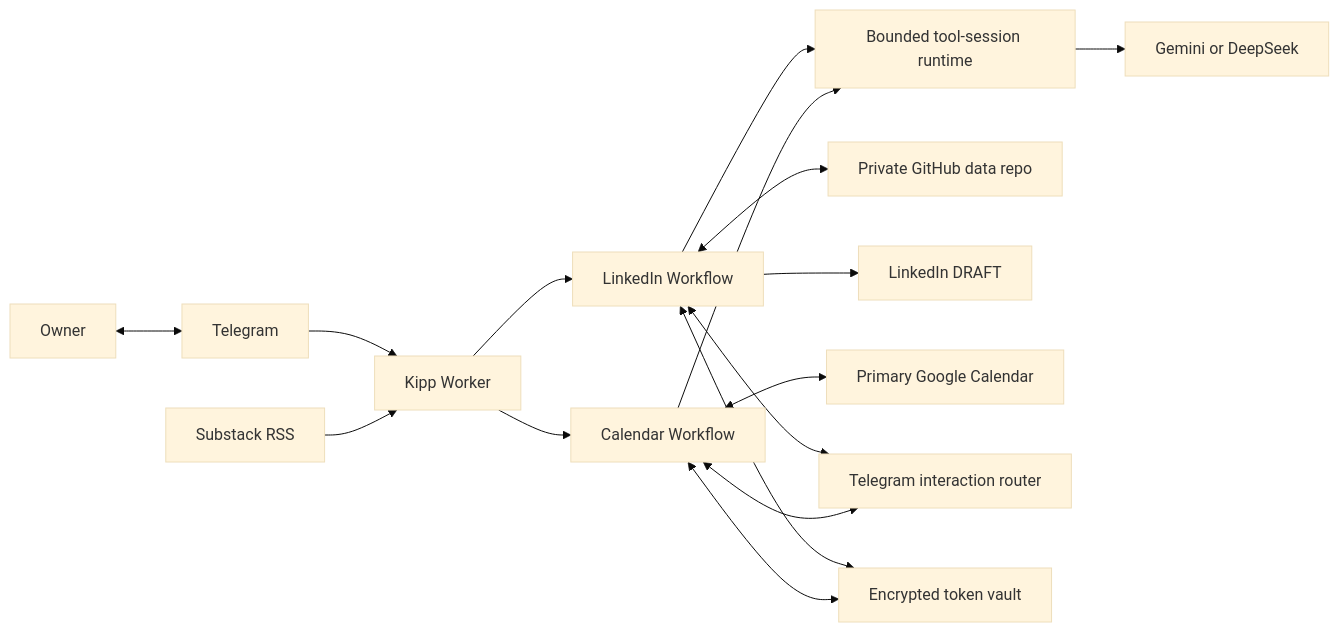
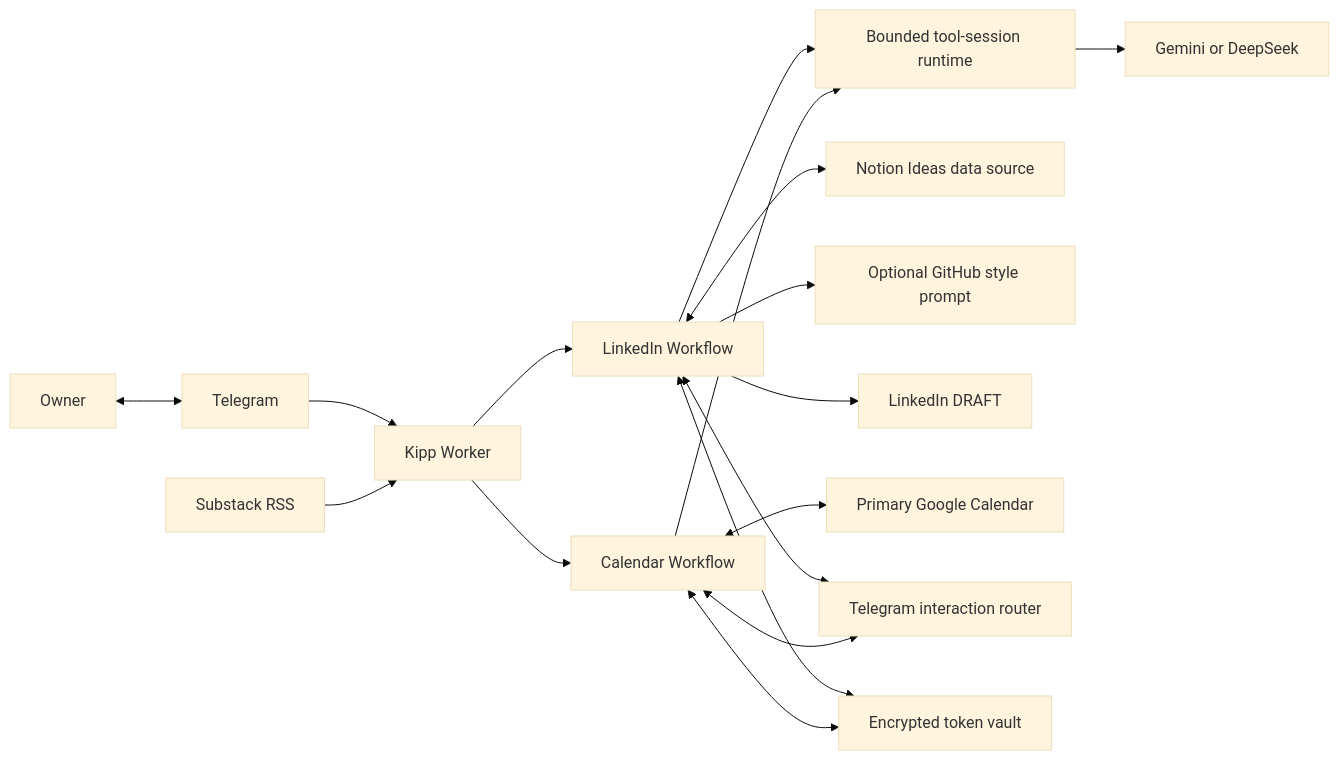
The diagram in README.md (satwikhebbar/kipp), drawn with Mermaid (base theme) before and after one commit. The commit also changed other lines of this file and 7 other files, not shown here.

Commit message:
docs: align architecture with Notion idea storage

````diff
--- a/README.md
+++ b/README.md
@@ -19,22 +19,23 @@
 ```mermaid
 flowchart LR
   owner["Owner"] <--> telegram["Telegram"]
   telegram --> worker["Kipp Worker"]
   rss["Substack RSS"] --> worker
 
   worker --> linkedinFlow["LinkedIn Workflow"]
   worker --> calendarFlow["Calendar Workflow"]
 
   linkedinFlow --> agentRuntime["Bounded tool-session runtime"]
   calendarFlow --> agentRuntime
   agentRuntime --> llm["Gemini or DeepSeek"]
 
-  linkedinFlow <--> github["Private GitHub data repo"]
+  linkedinFlow <--> notion["Notion Ideas data source"]
+  linkedinFlow --> github["Optional GitHub style prompt"]
   linkedinFlow --> linkedin["LinkedIn DRAFT"]
   calendarFlow <--> calendar["Primary Google Calendar"]
 
   linkedinFlow <--> router["Telegram interaction router"]
   calendarFlow <--> router
   linkedinFlow <--> vault["Encrypted token vault"]
   calendarFlow <--> vault
 ```
````
